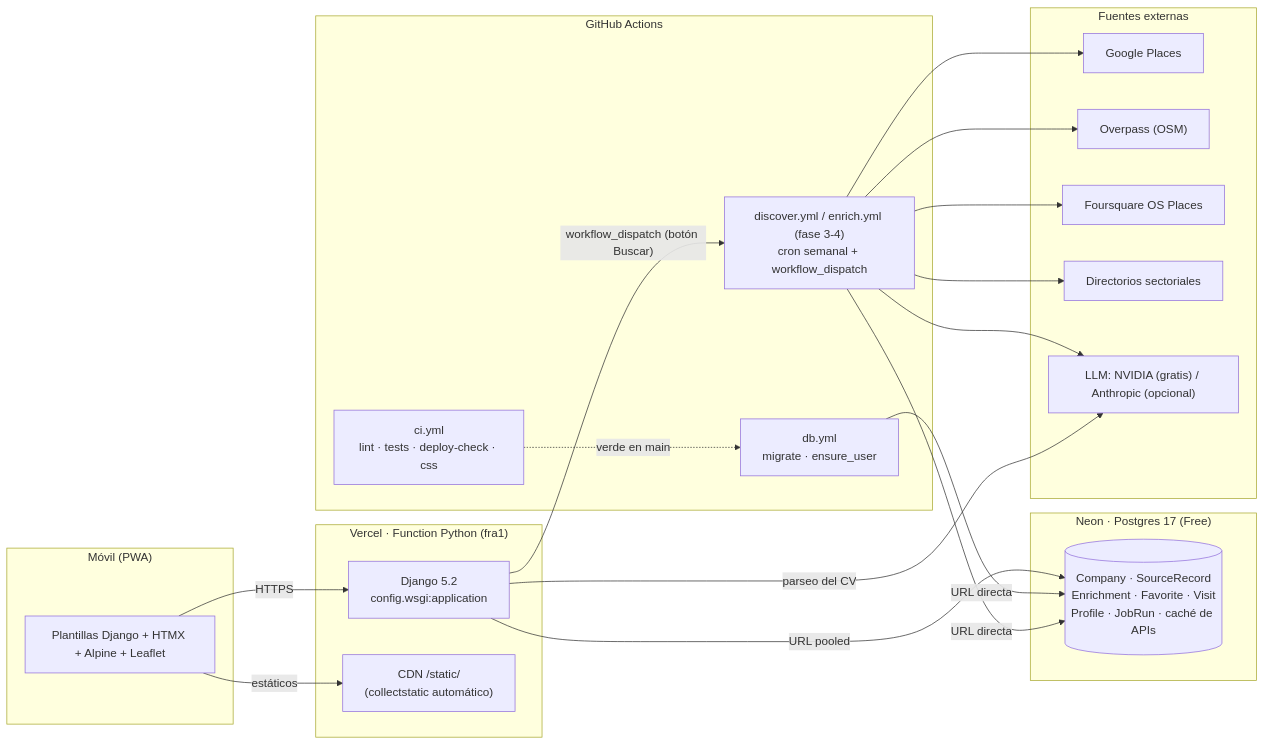
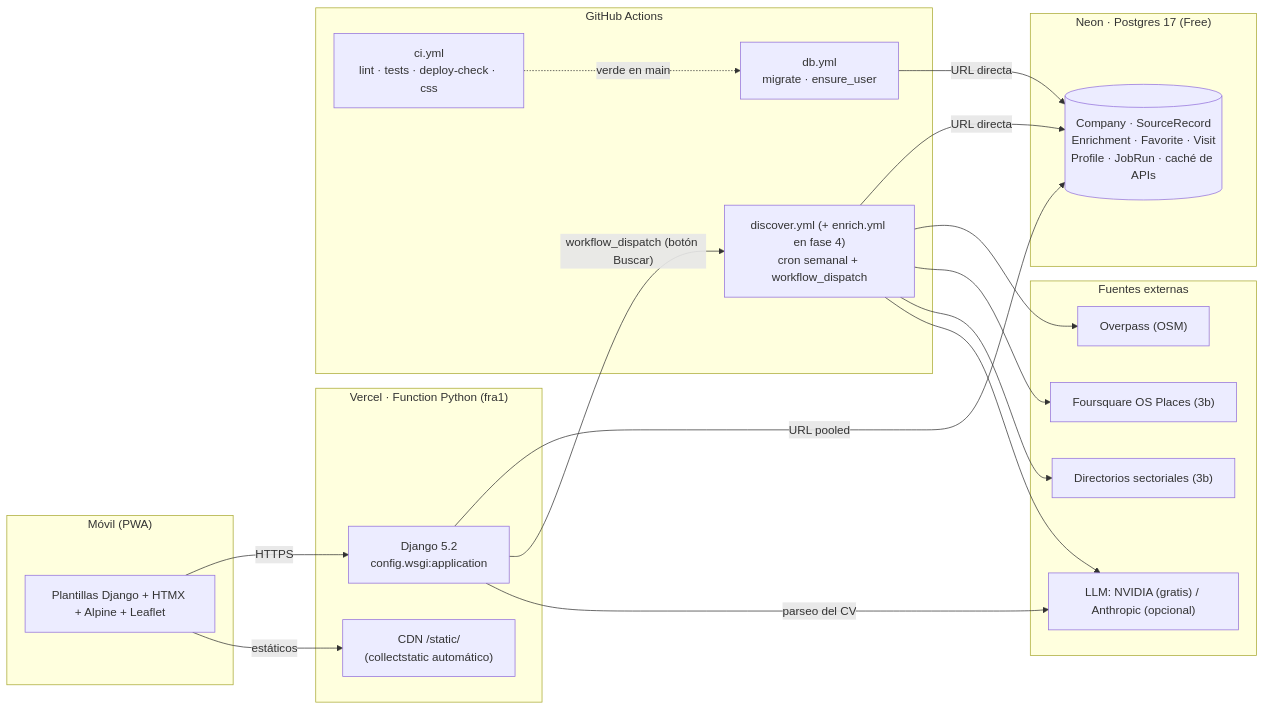
Before and after one commit to francisconaranjonrvz/picaporte: the diagram in README.md, drawn with Mermaid. The commit also changed other lines of this file and 47 other files, not shown here.

````diff
--- a/README.md
+++ b/README.md
@@ -25,39 +25,38 @@
 ```mermaid
 flowchart LR
     subgraph Movil["Móvil (PWA)"]
         UI["Plantillas Django + HTMX + Alpine + Leaflet"]
     end
 
     subgraph Vercel["Vercel · Function Python (fra1)"]
         DJ["Django 5.2\nconfig.wsgi:application"]
         CDN["CDN /static/\n(collectstatic automático)"]
     end
 
     subgraph Neon["Neon · Postgres 17 (Free)"]
         DB[("Company · SourceRecord\nEnrichment · Favorite · Visit\nProfile · JobRun · caché de APIs")]
     end
 
     subgraph Actions["GitHub Actions"]
         CI["ci.yml\nlint · tests · deploy-check · css"]
         DBW["db.yml\nmigrate · ensure_user"]
-        W["discover.yml / enrich.yml (fase 3-4)\ncron semanal + workflow_dispatch"]
+        W["discover.yml (+ enrich.yml en fase 4)\ncron semanal + workflow_dispatch"]
     end
 
     subgraph Fuentes["Fuentes externas"]
-        GP["Google Places"]
         OSM["Overpass (OSM)"]
-        FSQ["Foursquare OS Places"]
-        DIR["Directorios sectoriales"]
+        FSQ["Foursquare OS Places (3b)"]
+        DIR["Directorios sectoriales (3b)"]
         LLM["LLM: NVIDIA (gratis) / Anthropic (opcional)"]
     end
 
     UI -- HTTPS --> DJ
     UI -- estáticos --> CDN
     DJ -- "URL pooled" --> DB
     DJ -- "workflow_dispatch (botón Buscar)" --> W
     DBW -- "URL directa" --> DB
     W -- "URL directa" --> DB
-    W --> GP & OSM & FSQ & DIR & LLM
+    W --> OSM & FSQ & DIR & LLM
     DJ -- "parseo del CV" --> LLM
     CI -. "verde en main" .-> DBW
 ```
````
